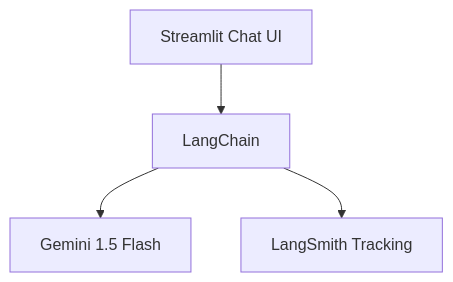
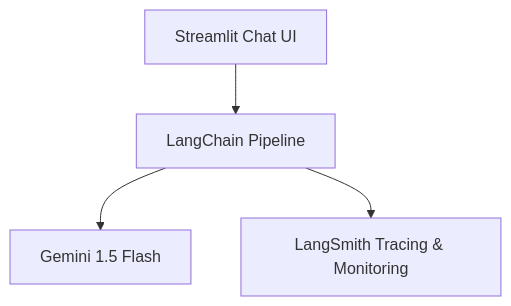
Before and after one commit to Tanmay1112004/6-MONTHS-FS-DS-AI-Roadmap-2025: the diagram in Geminitor--Smart-Gemini-Chatbot-with-LangSmith-Monitoring/README.md, drawn with Mermaid. The commit also changed other lines of this file, not shown here.

````diff
--- a/Geminitor--Smart-Gemini-Chatbot-with-LangSmith-Monitoring/README.md
+++ b/Geminitor--Smart-Gemini-Chatbot-with-LangSmith-Monitoring/README.md
@@ -75,6 +99,6 @@
 ```mermaid
 flowchart TD
-    UI[Streamlit Chat UI] --> LC[LangChain]
+    UI[Streamlit Chat UI] --> LC[LangChain Pipeline]
     LC --> Gemini[Gemini 1.5 Flash]
-    LC --> LangSmith[LangSmith Tracking]
+    LC --> LangSmith[LangSmith Tracing & Monitoring]
 ```
````
